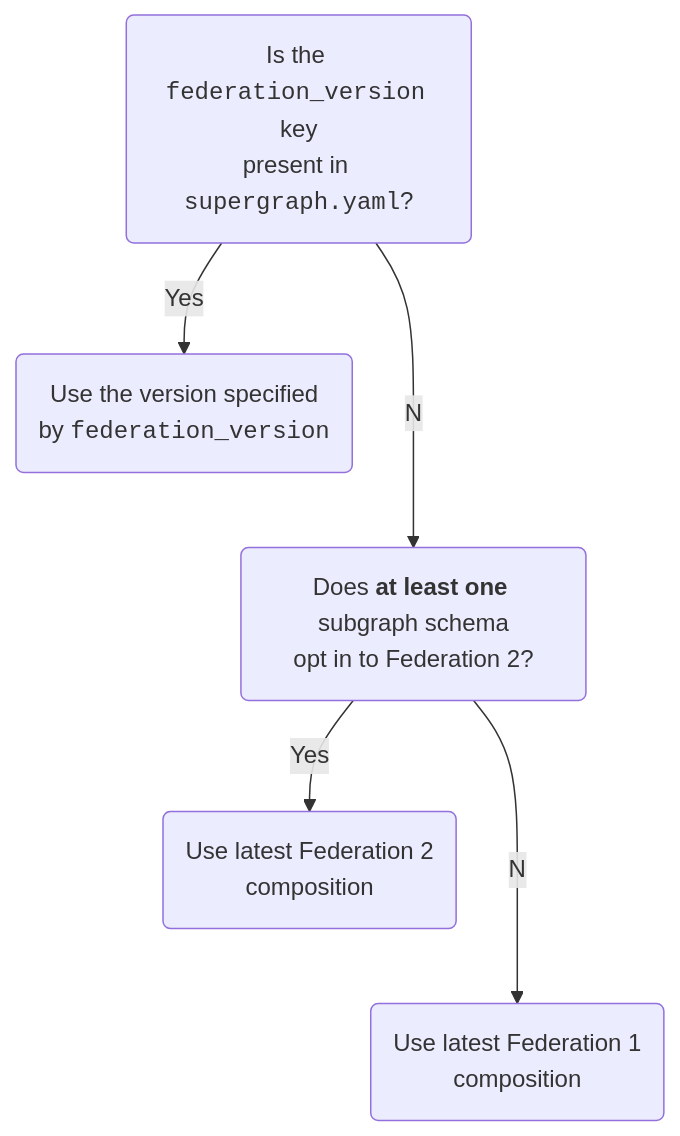
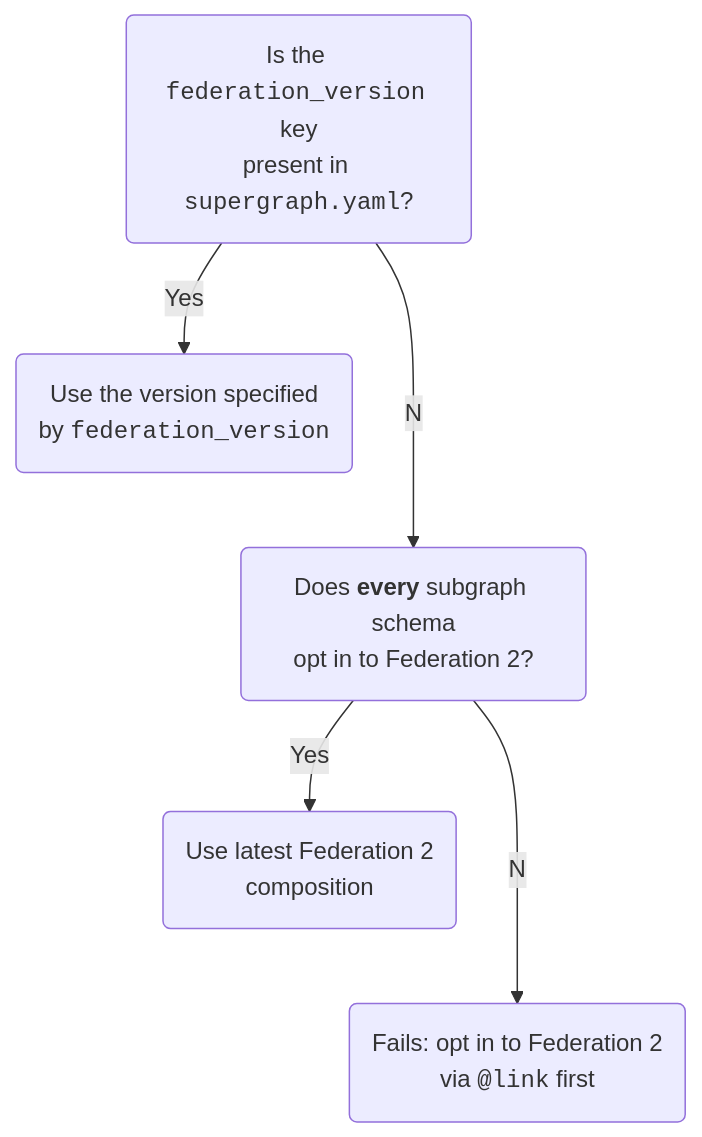
The second of 2 diagrams in docs/source/commands/supergraphs.mdx (apollographql/rover), drawn with Mermaid before and after one commit. The commit also changed other lines of this file and 4 other files, not shown here.

````diff
--- a/docs/source/commands/supergraphs.mdx
+++ b/docs/source/commands/supergraphs.mdx
@@ -201,9 +203,9 @@
 ```mermaid
 flowchart TB;
   version("Is the <code>federation_version</code> key<br/>present in <code>supergraph.yaml</code>?");
-  version--No-->optin("Does <strong>at least one</strong> subgraph schema<br/>opt in to Federation 2?");
+  version--No-->optin("Does <strong>every</strong> subgraph schema<br/>opt in to Federation 2?");
   version--Yes-->usesetting("Use the version specified<br/>by <code>federation_version</code>");
-  optin--No-->fed1("Use latest Federation 1<br/>composition");
+  optin--No-->fed1err("Fails: opt in to Federation 2<br/>via <code>@link</code> first");
   optin--Yes-->fed2("Use latest Federation 2<br/>composition");
-  class usesetting,fed1,fed2 tertiary;
+  class usesetting,fed1err,fed2 tertiary;
 ```
````
